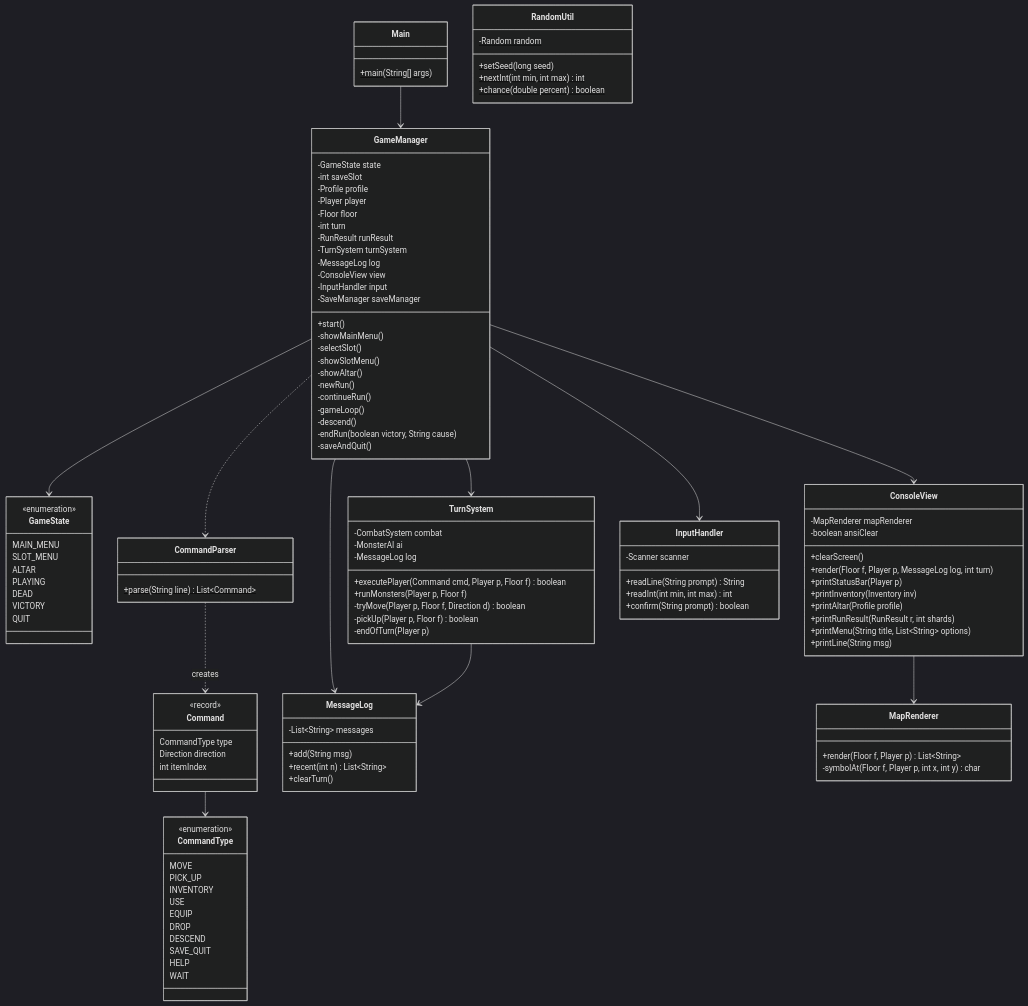
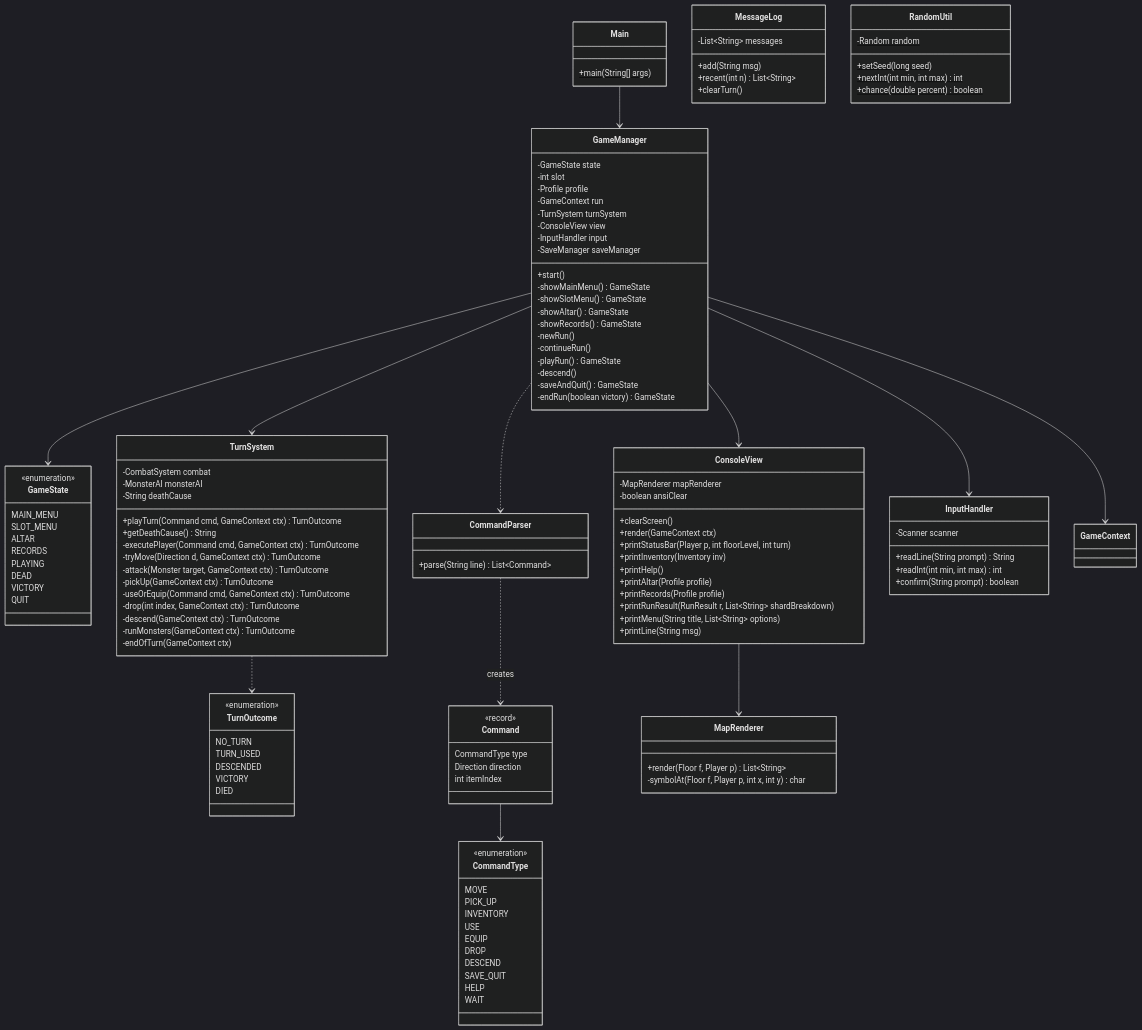
The second of 9 diagrams in docs/Class-Diagram.md (likelion-boot-camp-28th/side-project01-team01), drawn with Mermaid (dark theme) before and after one commit. The commit also changed other lines of this file and 7 other files, not shown here.

First line of the commit message:
feat: A 파트 2차 스켈레톤 추가 (TurnSystem, GameManager, MapRenderer, SlotData)

````diff
--- a/docs/Class-Diagram.md
+++ b/docs/Class-Diagram.md
@@ -75,34 +75,31 @@
     }
     class GameManager {
         -GameState state
-        -int saveSlot
+        -int slot
         -Profile profile
-        -Player player
-        -Floor floor
-        -int turn
-        -RunResult runResult
+        -GameContext run
         -TurnSystem turnSystem
-        -MessageLog log
         -ConsoleView view
         -InputHandler input
         -SaveManager saveManager
         +start()
-        -showMainMenu()
-        -selectSlot()
-        -showSlotMenu()
-        -showAltar()
+        -showMainMenu() GameState
+        -showSlotMenu() GameState
+        -showAltar() GameState
+        -showRecords() GameState
         -newRun()
         -continueRun()
-        -gameLoop()
+        -playRun() GameState
         -descend()
-        -endRun(boolean victory, String cause)
-        -saveAndQuit()
+        -saveAndQuit() GameState
+        -endRun(boolean victory) GameState
     }
     class GameState {
         <<enumeration>>
         MAIN_MENU
         SLOT_MENU
         ALTAR
+        RECORDS
         PLAYING
         DEAD
         VICTORY
@@ -110,13 +107,27 @@
     }
     class TurnSystem {
         -CombatSystem combat
-        -MonsterAI ai
-        -MessageLog log
-        +executePlayer(Command cmd, Player p, Floor f) boolean
-        +runMonsters(Player p, Floor f)
-        -tryMove(Player p, Floor f, Direction d) boolean
-        -pickUp(Player p, Floor f) boolean
-        -endOfTurn(Player p)
+        -MonsterAI monsterAI
+        -String deathCause
+        +playTurn(Command cmd, GameContext ctx) TurnOutcome
+        +getDeathCause() String
+        -executePlayer(Command cmd, GameContext ctx) TurnOutcome
+        -tryMove(Direction d, GameContext ctx) TurnOutcome
+        -attack(Monster target, GameContext ctx) TurnOutcome
+        -pickUp(GameContext ctx) TurnOutcome
+        -useOrEquip(Command cmd, GameContext ctx) TurnOutcome
+        -drop(int index, GameContext ctx) TurnOutcome
+        -descend(GameContext ctx) TurnOutcome
+        -runMonsters(GameContext ctx) TurnOutcome
+        -endOfTurn(GameContext ctx)
+    }
+    class TurnOutcome {
+        <<enumeration>>
+        NO_TURN
+        TURN_USED
+        DESCENDED
+        VICTORY
+        DIED
     }
     class Command {
         <<record>>
@@ -150,11 +161,13 @@
         -MapRenderer mapRenderer
         -boolean ansiClear
         +clearScreen()
-        +render(Floor f, Player p, MessageLog log, int turn)
-        +printStatusBar(Player p)
+        +render(GameContext ctx)
+        +printStatusBar(Player p, int floorLevel, int turn)
         +printInventory(Inventory inv)
+        +printHelp()
         +printAltar(Profile profile)
-        +printRunResult(RunResult r, int shards)
+        +printRecords(Profile profile)
+        +printRunResult(RunResult r, List~String~ shardBreakdown)
         +printMenu(String title, List~String~ options)
         +printLine(String msg)
     }
@@ -178,12 +191,12 @@
     Main --> GameManager
     GameManager --> GameState
     GameManager --> TurnSystem
-    GameManager --> MessageLog
+    GameManager --> GameContext
+    TurnSystem ..> TurnOutcome
     GameManager --> ConsoleView
     GameManager --> InputHandler
     GameManager ..> CommandParser
     CommandParser ..> Command : creates
     Command --> CommandType
     ConsoleView --> MapRenderer
-    TurnSystem --> MessageLog
 ```
````
